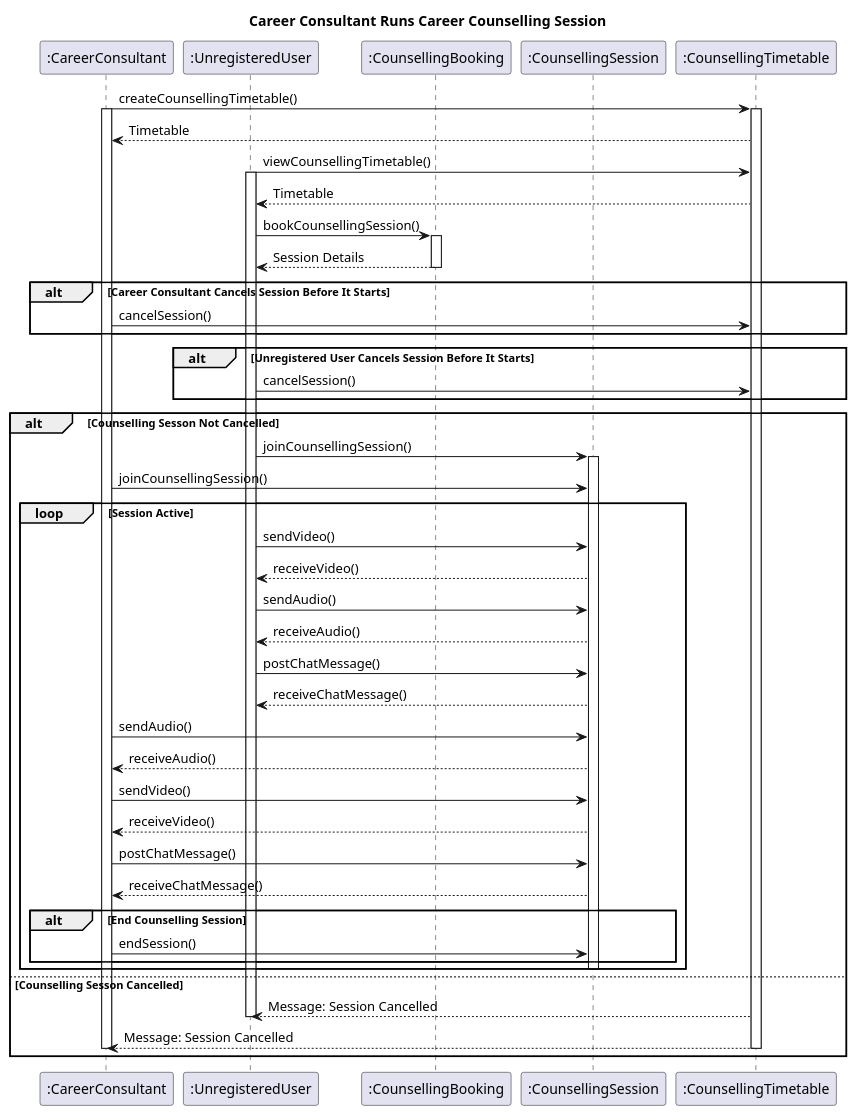
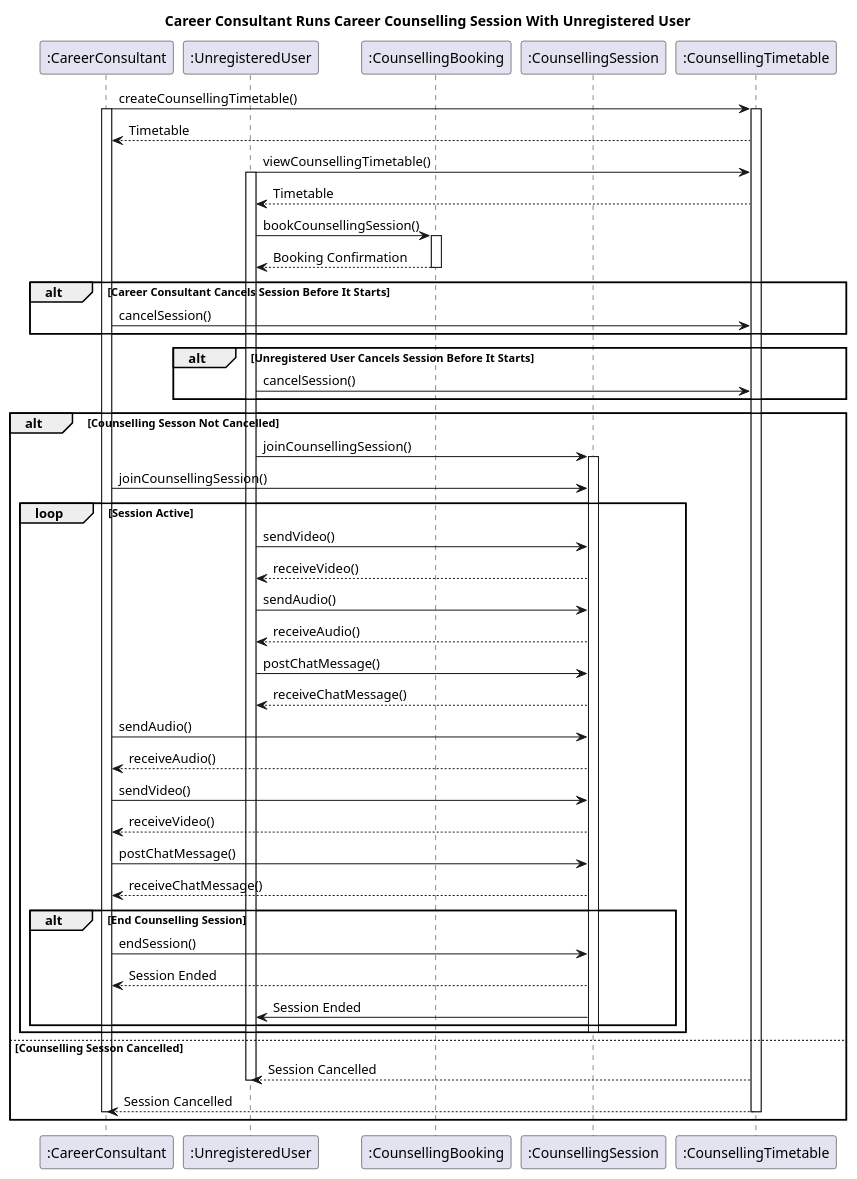
The diagram in careerConsultant.plantuml (lukegasbarro/SEF_Group67), drawn with PlantUML before and after one commit. The commit also changed 2 other files, not shown here.

Commit message:
Updated diagrams

```diff
--- a/careerConsultant.plantuml
+++ b/careerConsultant.plantuml
@@ -2,75 +2,77 @@
 @startuml
-title Career Consultant Runs Career Counselling Session
+title Career Consultant Runs Career Counselling Session With Unregistered User
 participant ":CareerConsultant" as career
 participant ":UnregisteredUser" as unregistered
 ' participant ":CounsellingTimetable" as timetable
 participant ":CounsellingBooking" as counsellingBooking
 participant ":CounsellingSession" as counsellingSession
 participant ":CounsellingTimetable" as timetable
 
 ' career consultant creates counselling timetable
 career -> timetable : createCounsellingTimetable()
 activate career
 activate timetable
 timetable --> career : Timetable
 
 ' user views and books counselling timetable
 unregistered -> timetable : viewCounsellingTimetable()
 activate unregistered
 timetable --> unregistered : Timetable
 
 unregistered -> counsellingBooking : bookCounsellingSession()
 activate counsellingBooking
-counsellingBooking --> unregistered : Session Details
+counsellingBooking --> unregistered : Booking Confirmation
 deactivate counsellingBooking
 
 ' cancel session before session starts
 alt Career Consultant Cancels Session Before It Starts
     career -> timetable : cancelSession()
     ' timetable --> career : Message: Session Cancelled
 end
 alt Unregistered User Cancels Session Before It Starts
     unregistered -> timetable : cancelSession()
     ' timetable -> career : Message: Session Cancelled
 end
 
 ' if counselling session not cancelled before session
 alt Counselling Sesson Not Cancelled
     unregistered -> counsellingSession : joinCounsellingSession()
     activate counsellingSession
     career -> counsellingSession : joinCounsellingSession()
     ' career -> counsellingSession : Run Counselling Session
 
     loop Session Active
         unregistered -> counsellingSession : sendVideo()
         counsellingSession --> unregistered : receiveVideo()
         unregistered -> counsellingSession : sendAudio()
         counsellingSession --> unregistered : receiveAudio()
         unregistered -> counsellingSession : postChatMessage()
         counsellingSession --> unregistered : receiveChatMessage()
 
         career -> counsellingSession : sendAudio()
         counsellingSession --> career : receiveAudio()
         career -> counsellingSession : sendVideo()
         counsellingSession --> career : receiveVideo()
         career -> counsellingSession : postChatMessage()
         counsellingSession --> career : receiveChatMessage()
 
         alt End Counselling Session
             career -> counsellingSession : endSession()
+            counsellingSession --> career : Session Ended
+            counsellingSession -> unregistered : Session Ended
         end
         
         deactivate counsellingSession
     end
 
 ' counselling session cancelled before session
 else Counselling Sesson Cancelled
-    timetable --> unregistered : Message: Session Cancelled
+    timetable --> unregistered : Session Cancelled
     deactivate unregistered
-    timetable --> career : Message: Session Cancelled
+    timetable --> career : Session Cancelled
     deactivate timetable
     deactivate career
 
 end
 
 @enduml
```
